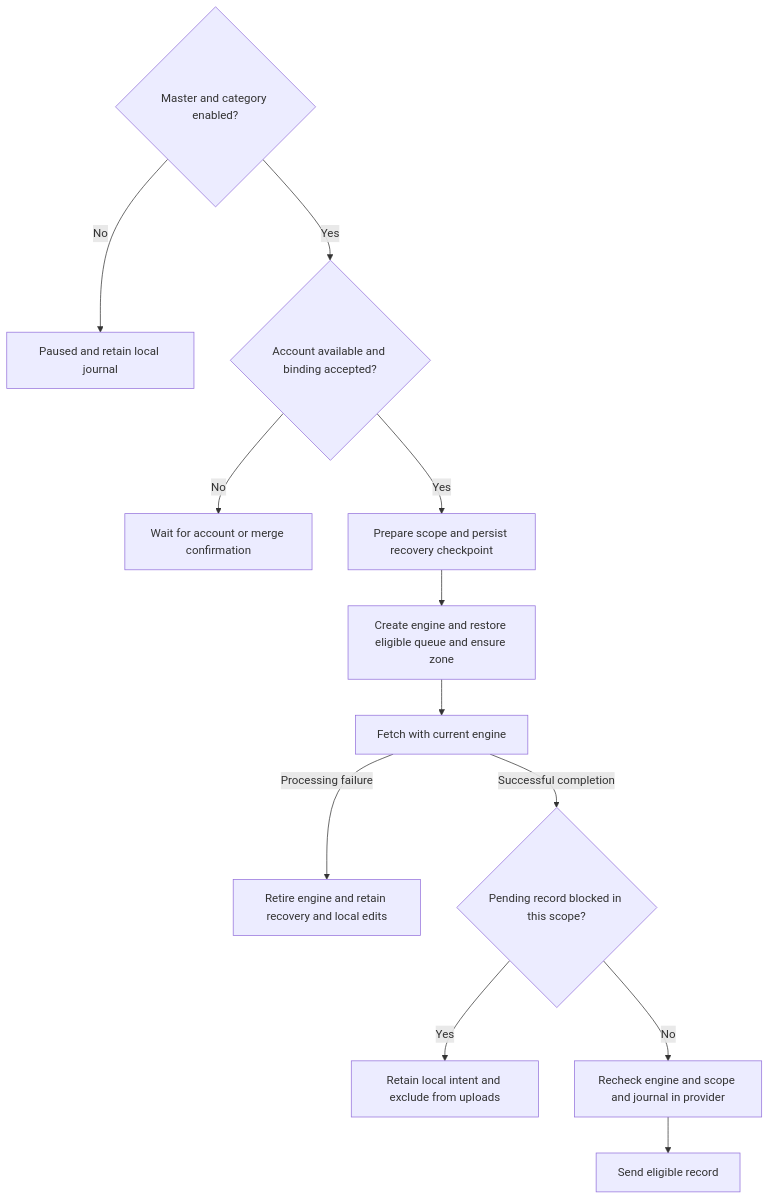
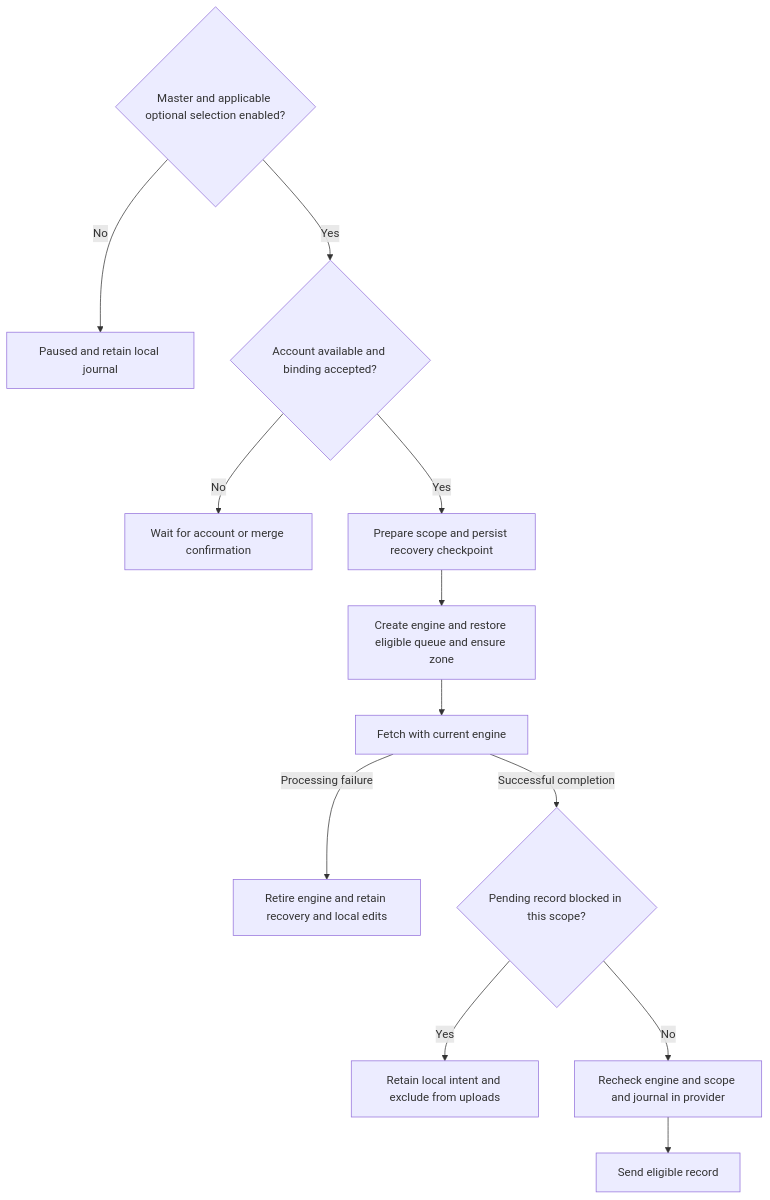
One commit to AkinoKaede/Termind changed the diagram in openwiki/workflows/settings-and-cloud-sync.md. Above: the diagram before and after it, drawn with Mermaid. The commit also changed other lines of this file and 92 other files, not shown here.

````diff
--- a/openwiki/workflows/settings-and-cloud-sync.md
+++ b/openwiki/workflows/settings-and-cloud-sync.md
@@ -115,14 +140,14 @@
 ```mermaid
 flowchart TD
-    Enabled{"Master and category enabled?"} -->|No| Paused["Paused and retain local journal"]
+    Enabled{"Master and applicable optional selection enabled?"} -->|No| Paused["Paused and retain local journal"]
     Enabled -->|Yes| Account{"Account available and binding accepted?"}
     Account -->|No| Waiting["Wait for account or merge confirmation"]
     Account -->|Yes| Prepare["Prepare scope and persist recovery checkpoint"]
     Prepare --> Engine["Create engine and restore eligible queue and ensure zone"]
     Engine --> Fetch["Fetch with current engine"]
     Fetch -->|Processing failure| Retired["Retire engine and retain recovery and local edits"]
     Fetch -->|Successful completion| Gate{"Pending record blocked in this scope?"}
     Gate -->|Yes| Held["Retain local intent and exclude from uploads"]
     Gate -->|No| Provider["Recheck engine and scope and journal in provider"]
     Provider --> Send["Send eligible record"]
 ```
````
